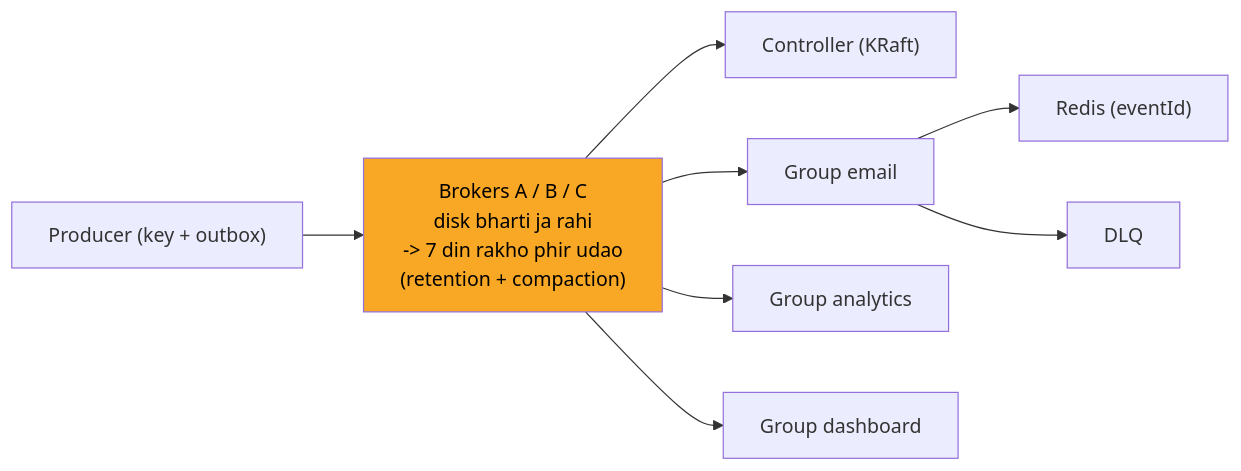
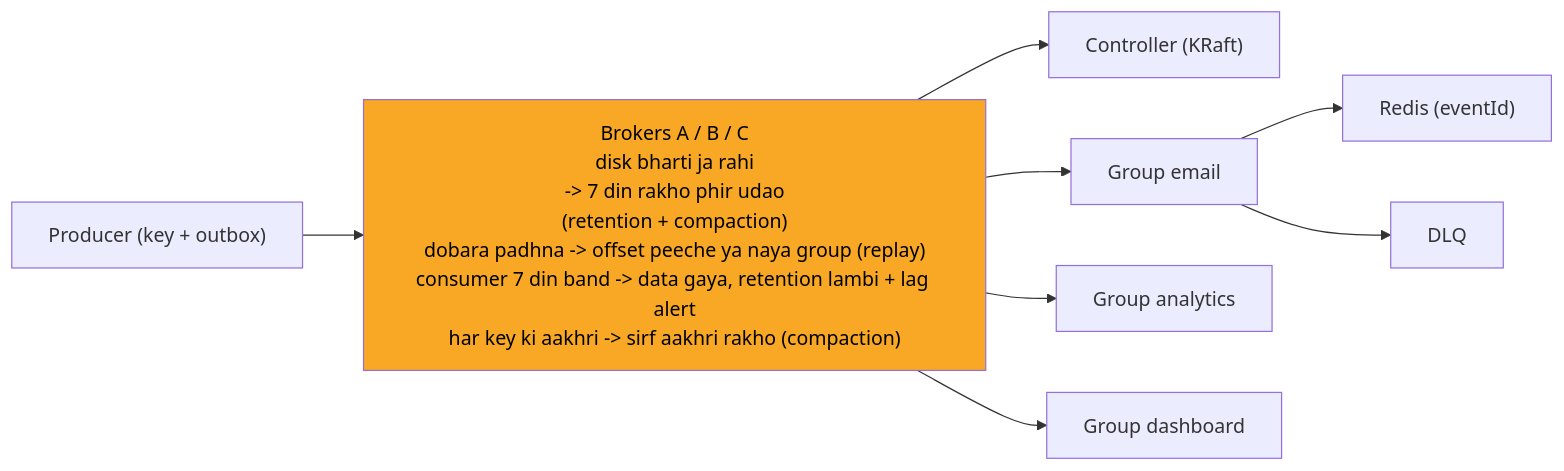
Diagram 11 of 12 in 04_HLD/SYSTEM_DESIGNS/12_message_queue_kafka/12_message_queue_kafka.md (ArpanMaheshwari144/Prep), drawn with Mermaid before and after one commit. The commit also changed other lines of this file and 12 other files, not shown here.

Commit message:
hld 02-14: peele dabbe me SAFAR ke mod + diagram chauda (wrappingWidth 450)

````diff
--- a/04_HLD/SYSTEM_DESIGNS/12_message_queue_kafka/12_message_queue_kafka.md
+++ b/04_HLD/SYSTEM_DESIGNS/12_message_queue_kafka/12_message_queue_kafka.md
@@ -389,19 +399,20 @@
 ```mermaid
+%%{init: {"flowchart": {"wrappingWidth": 450}}}%%
 flowchart LR
     n_P["Producer (key + outbox)"]
-    n_B["Brokers A / B / C<br/>disk bharti ja rahi<br/>-> 7 din rakho phir udao<br/>(retention + compaction)"]
+    n_B["Brokers A / B / C<br/>disk bharti ja rahi<br/>-> 7 din rakho phir udao<br/>(retention + compaction)<br/>dobara padhna -> offset peeche ya naya group (replay)<br/>consumer 7 din band -> data gaya, retention lambi + lag alert<br/>har key ki aakhri -> sirf aakhri rakho (compaction)"]
     n_K["Controller (KRaft)"]
     n_GE["Group email"]
     n_R["Redis (eventId)"]
     n_DLQ["DLQ"]
     n_GA["Group analytics"]
     n_GD["Group dashboard"]
     n_P --> n_B
     n_B --> n_K
     n_B --> n_GE
     n_B --> n_GA
     n_B --> n_GD
     n_GE --> n_R
     n_GE --> n_DLQ
     style n_B fill:#f9a825,color:#000
 ```
````
